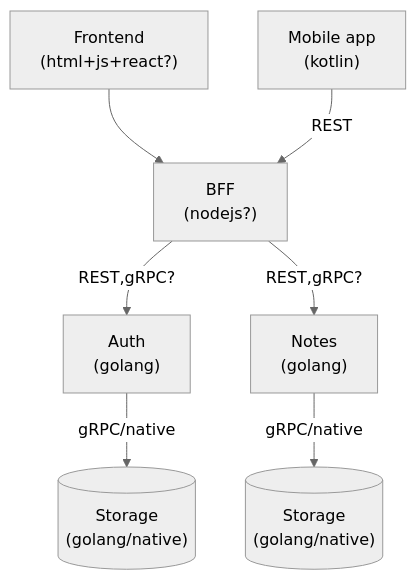
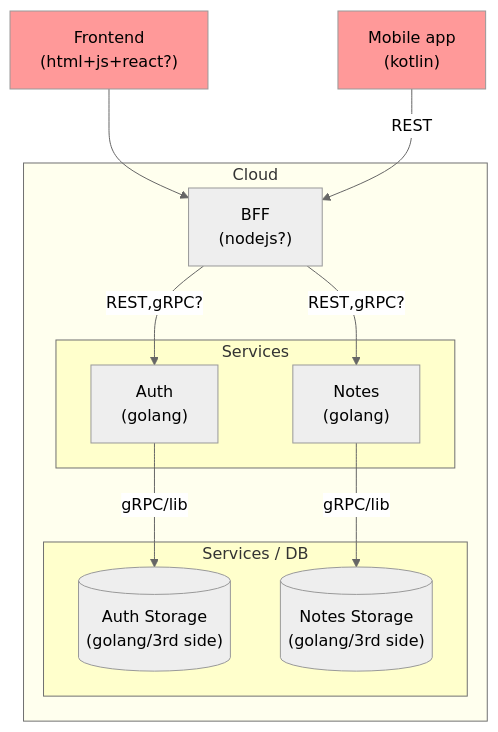
Before and after one commit to sergereinov/notes-saas: the diagram in README.md, drawn with Mermaid (neutral theme). The commit also changed other lines of this file, not shown here.

Commit message:
thoughts

````diff
--- a/README.md
+++ b/README.md
@@ -3,9 +23,29 @@
 ```mermaid
 graph TD
-    F["Frontend<br/>(html+js+react?)"] --> B["BFF<br/>(nodejs?)"]
-    K["Mobile app<br/>(kotlin)"] --> |REST| B
-    B --> |REST,gRPC?| A["Auth<br/>(golang)"]
-    B --> |REST,gRPC?| N["Notes<br/>(golang)"]
-    A --> |gRPC/native| S1[("Storage<br/>(golang/native)")]
-    N --> |gRPC/native| S2[("Storage<br/>(golang/native)")]
+    F --> B
+    K --> |REST| B
+    B --> |REST,gRPC?| A
+    B --> |REST,gRPC?| N
+    A --> |gRPC/lib| S1
+    N --> |gRPC/lib| S2
+    
+    F["Frontend<br/>(html+js+react?)"]
+    K["Mobile app<br/>(kotlin)"]
+    subgraph Cloud
+        B["BFF<br/>(nodejs?)"]
+        subgraph M ["Services"]
+            A["Auth<br/>(golang)"]
+            N["Notes<br/>(golang)"]
+        end
+        subgraph S ["Services / DB"]
+            S1[("Auth Storage<br/>(golang/3rd side)")]
+            S2[("Notes Storage<br/>(golang/3rd side)")]
+        end
+    end
+    
+    classDef userspace fill:#f99
+    class F,K userspace
+    style Cloud fill:#ffe
+    classDef svc fill:#ffc
+    class M,S svc
 ```
````
